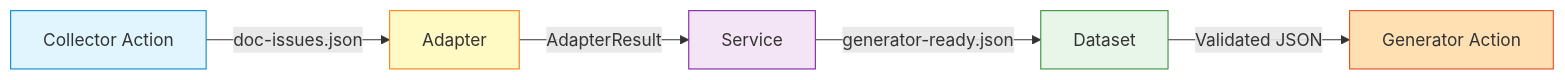
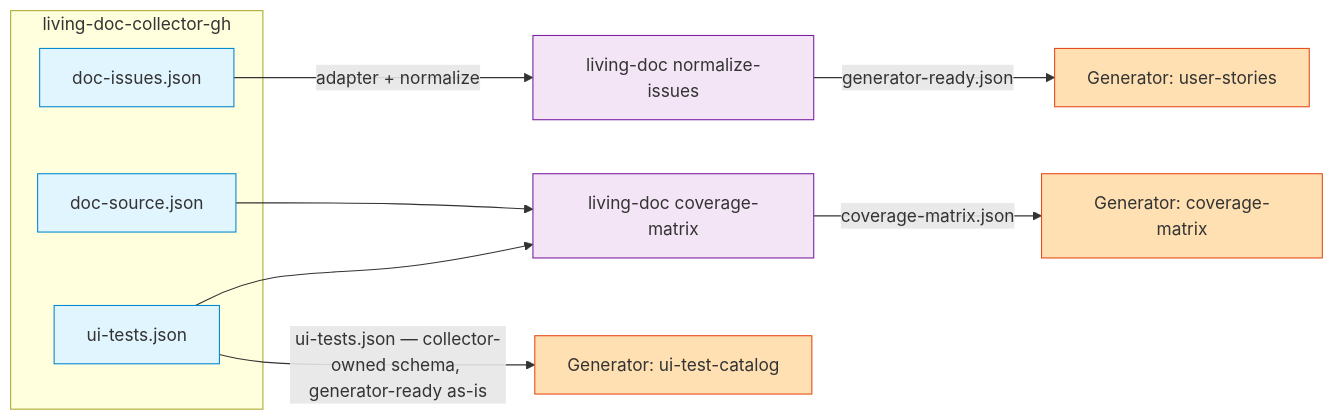
The first of 11 diagrams in docs/architecture.md (AbsaOSS/living-doc-toolkit), drawn with Mermaid before and after one commit. The commit also changed other lines of this file and 1 other file, not shown here.

Commit message:
#76: Settle the "toolkit-produced input" story for all three content types (#78)
* #76: Settle the toolkit-produced input story for all three document-types

Add an authoritative "Generator Inputs by document-type" section to
docs/contracts.md stating the exact artifact + schema each generator reads:

- user-stories    -> generator-ready.json (generator-ready-v1.0.0)
- ui-test-catalog -> ui-tests.json (ui-tests-v1.0.0), option (a): generator-ready
  as-is, no normalize-test-catalog pass; rationale recorded (flat owned-schema
  catalog, no synonym normalization, a copy-only pass is ceremony).
- coverage-matrix -> coverage-matrix.json (coverage-matrix-v1.0.0), already
  toolkit-produced; meta.audit envelope deferred as a purely-additive change,
  rationale + follow-up recorded.

Redraw the architecture.md high-level pipeline so every document-type shows its
real decided path and no raw collector->generator edge is implied.

* Clarify generator input contract and pipeline stages in architecture and contracts documentation

* Clarify ownership of `ui-tests.json` schema and update related documentation

---------

````diff
--- a/docs/architecture.md
+++ b/docs/architecture.md
@@ -36,13 +36,26 @@
 ```mermaid
 graph LR
-    A[Collector Action] -->|doc-issues.json| B[Adapter]
-    B -->|AdapterResult| C[Service]
-    C -->|generator-ready.json| D[Dataset]
-    D -->|Validated JSON| E[Generator Action]
-    
-    style A fill:#e1f5ff,stroke:#0288d1
-    style B fill:#fff9c4,stroke:#f57f17
-    style C fill:#f3e5f5,stroke:#7b1fa2
-    style D fill:#e8f5e9,stroke:#388e3c
-    style E fill:#ffe0b2,stroke:#e64a19
+    subgraph Collector["living-doc-collector-gh"]
+        DI[doc-issues.json]
+        DS[doc-source.json]
+        UT[ui-tests.json]
+    end
+
+    DI -->|adapter + normalize| NI[living-doc normalize-issues]
+    NI -->|generator-ready.json| G1[Generator: user-stories]
+
+    DS --> CM[living-doc coverage-matrix]
+    UT --> CM
+    CM -->|coverage-matrix.json| G2[Generator: coverage-matrix]
+
+    UT -->|ui-tests.json — collector-owned schema, generator-ready as-is| G3[Generator: ui-test-catalog]
+
+    style DI fill:#e1f5ff,stroke:#0288d1
+    style DS fill:#e1f5ff,stroke:#0288d1
+    style UT fill:#e1f5ff,stroke:#0288d1
+    style NI fill:#f3e5f5,stroke:#7b1fa2
+    style CM fill:#f3e5f5,stroke:#7b1fa2
+    style G1 fill:#ffe0b2,stroke:#e64a19
+    style G2 fill:#ffe0b2,stroke:#e64a19
+    style G3 fill:#ffe0b2,stroke:#e64a19
 ```
````
